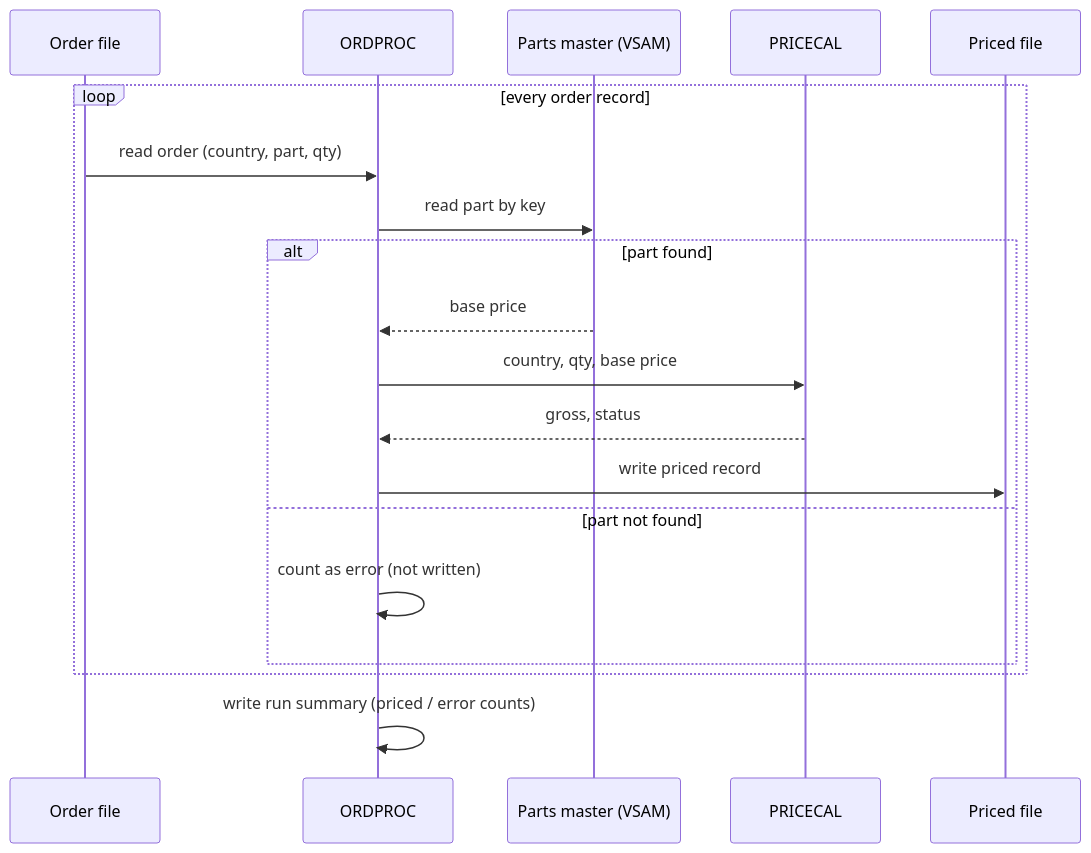
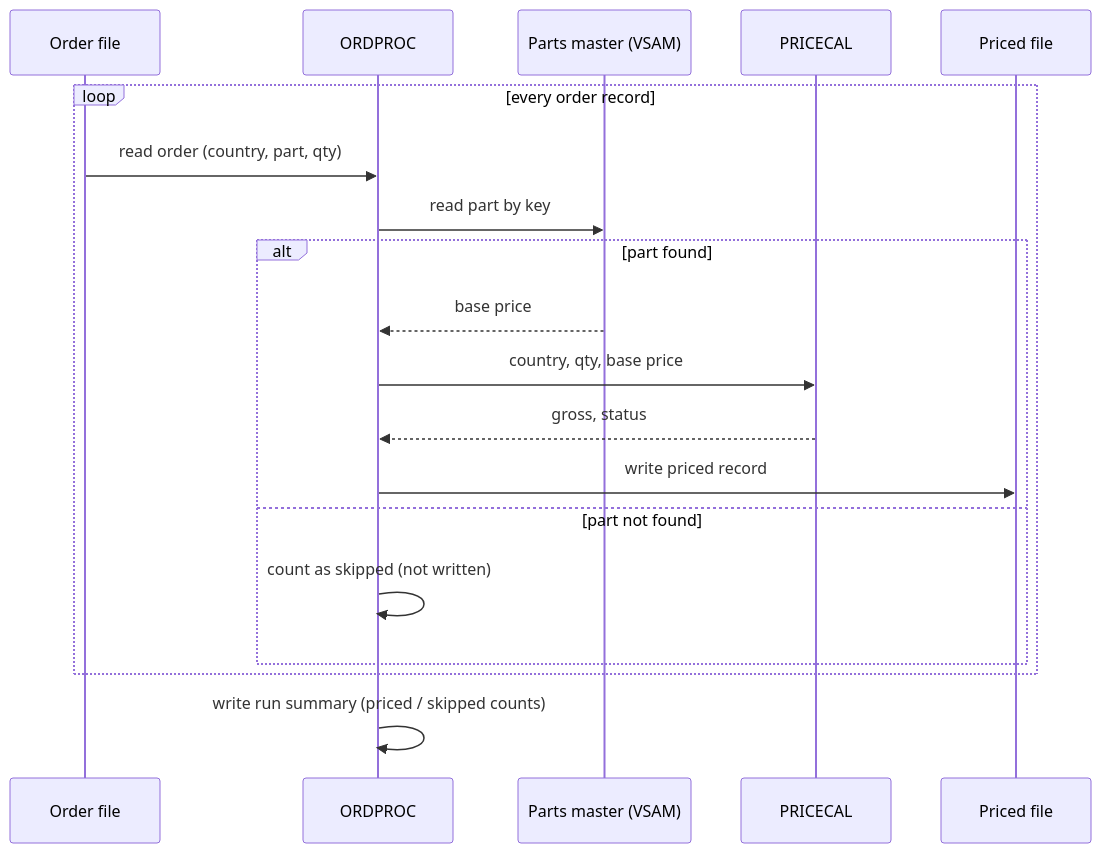
The second of 2 diagrams in docs/architecture.md (janvaclavikorganization/zos-autoparts-lab), drawn with Mermaid before and after one commit. The commit also changed other lines of this file and 15 other files, not shown here.

````diff
--- a/docs/architecture.md
+++ b/docs/architecture.md
@@ -29,21 +27,21 @@
 ```mermaid
 sequenceDiagram
     participant S as Order file
     participant P as ORDPROC
     participant V as Parts master (VSAM)
     participant C as PRICECAL
     participant O as Priced file
     loop every order record
         S->>P: read order (country, part, qty)
         P->>V: read part by key
         alt part found
             V-->>P: base price
             P->>C: country, qty, base price
             C-->>P: gross, status
             P->>O: write priced record
         else part not found
-            P->>P: count as error (not written)
+            P->>P: count as skipped (not written)
         end
     end
-    P->>P: write run summary (priced / error counts)
+    P->>P: write run summary (priced / skipped counts)
 ```
````
